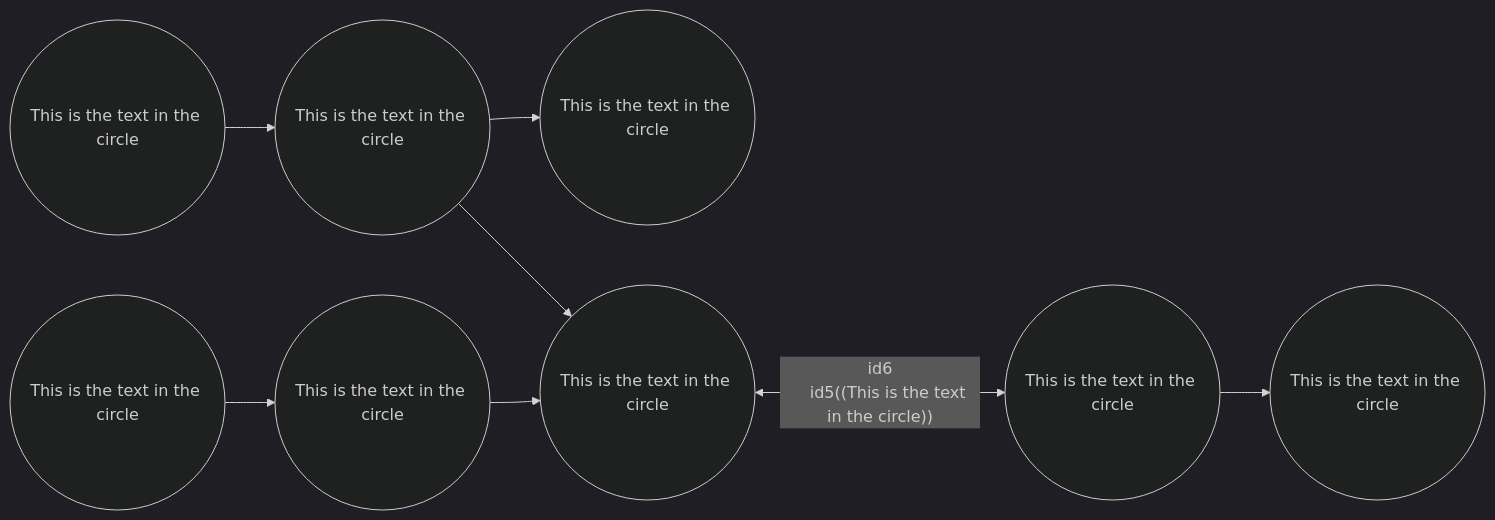
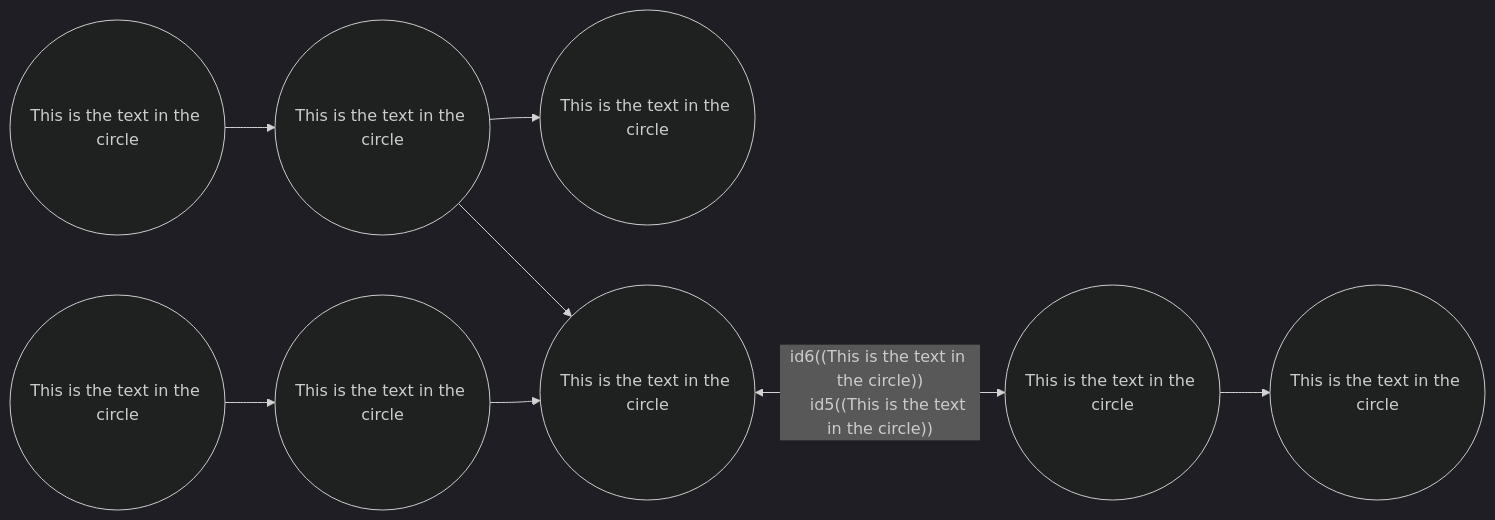
One commit to gerbssusd/dok changed the second of 2 diagrams in slides.md. Above: the diagram before and after it, drawn with Mermaid (dark theme).

````diff
--- a/slides.md
+++ b/slides.md
@@ -499,14 +499,14 @@
 ```mermaid {scale: .60}
 
 flowchart LR
     id1((This is the text in the circle)) -->
     id2((This is the text in the circle)) -->
     id3((This is the text in the circle))
        id3.1((This is the text in the circle))-->
        id3.2((This is the text in the circle))-->id4
-   id2 --> id4((This is the text in the circle)) <--id6
+   id2 --> id4((This is the text in the circle)) <--id6((This is the text in the circle))
     id5((This is the text in the circle)) -->
     id6((This is the text in the circle)) -->
     id7((This is the text in the circle))
 
 ```
````
